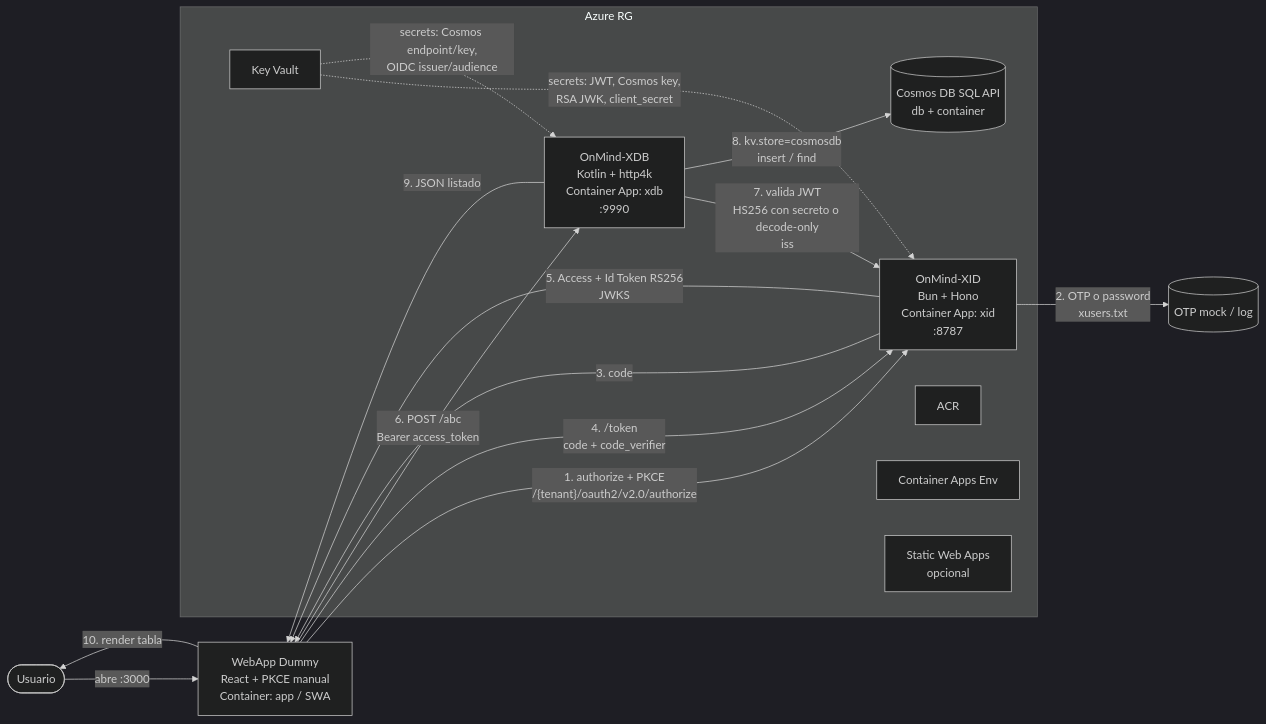
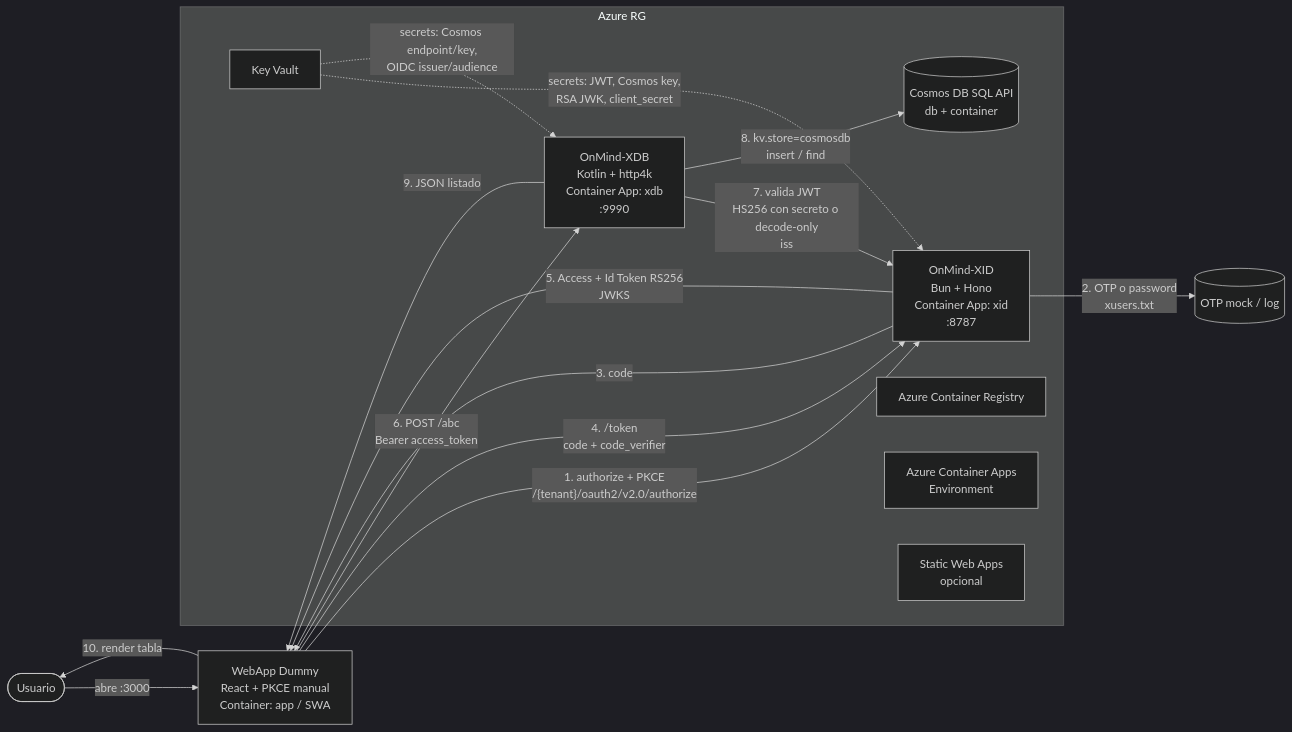
Before and after one commit to kaesar/cicddemoaz: the first of 2 diagrams in docs/arquitectura.md, drawn with Mermaid (dark theme). The commit also changed other lines of this file and 20 other files, not shown here.

````diff
--- a/docs/arquitectura.md
+++ b/docs/arquitectura.md
@@ -5,26 +5,26 @@
 ```mermaid
 flowchart LR
   User([Usuario]) -->|"abre :3000"| WebApp["WebApp Dummy<br/>React + PKCE manual<br/>Container: app / SWA"]
   WebApp -->|"1. authorize + PKCE<br/>/{tenant}/oauth2/v2.0/authorize"| XID["OnMind-XID<br/>Bun + Hono<br/>Container App: xid<br/>:8787"]
   XID -->|"2. OTP o password<br/>xusers.txt"| Mail[("OTP mock / log")]
   XID -->|"3. code"| WebApp
   WebApp -->|"4. /token<br/>code + code_verifier"| XID
   XID -->|"5. Access + Id Token RS256<br/>JWKS"| WebApp
   WebApp -->|"6. POST /abc<br/>Bearer access_token"| XDB["OnMind-XDB<br/>Kotlin + http4k<br/>Container App: xdb<br/>:9990"]
   XDB -->|"7. valida JWT<br/>HS256 con secreto o decode-only<br/>iss"| XID
   XDB -->|"8. kv.store=cosmosdb<br/>insert / find"| Cosmos[("Cosmos DB SQL API<br/>db + container")]
   XDB -->|"9. JSON listado"| WebApp
   WebApp -->|"10. render tabla"| User
 
   subgraph azure["Azure RG"]
     XID
     XDB
     Cosmos
-    ACR["ACR"]
+    ACR["Azure Container Registry"]
     KV["Key Vault"]
-    CAE["Container Apps Env"]
+    ACA["Azure Container Apps<br/>Environment"]
     SWA["Static Web Apps<br/>opcional"]
   end
   KV -.->|"secrets: JWT, Cosmos key,<br/>RSA JWK, client_secret"| XID
   KV -.->|"secrets: Cosmos endpoint/key,<br/>OIDC issuer/audience"| XDB
 ```
````
